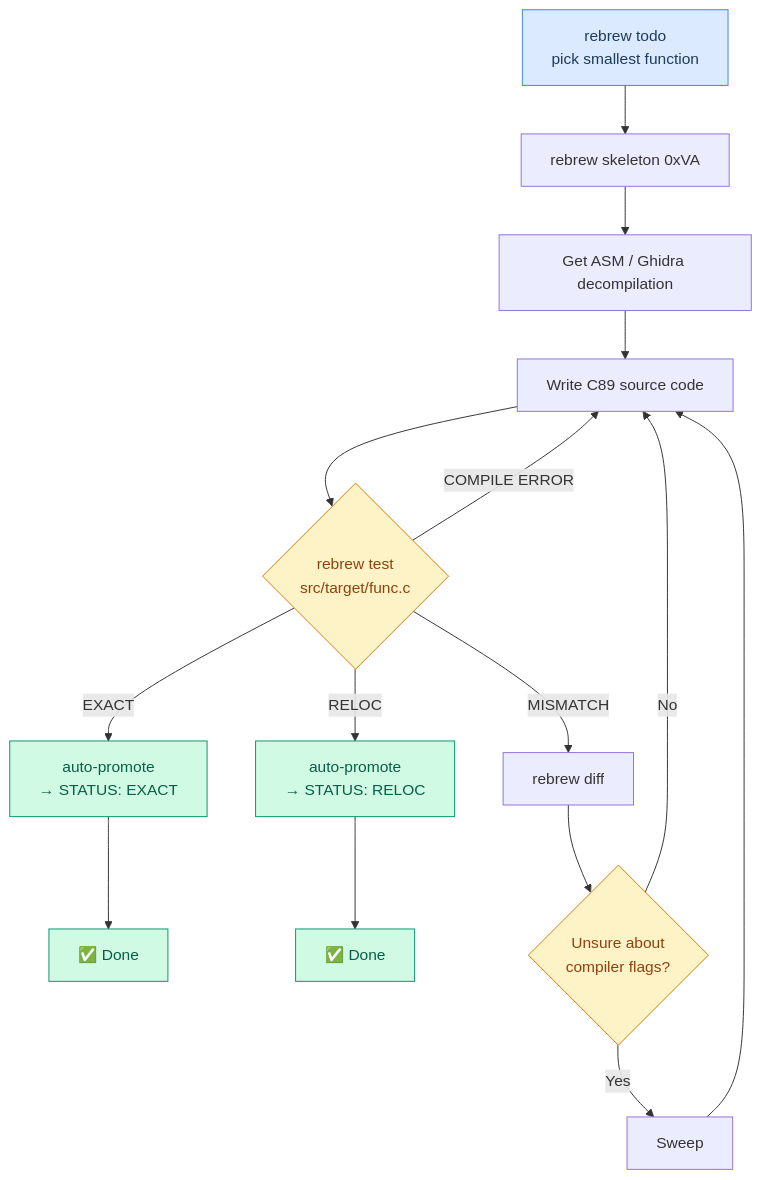
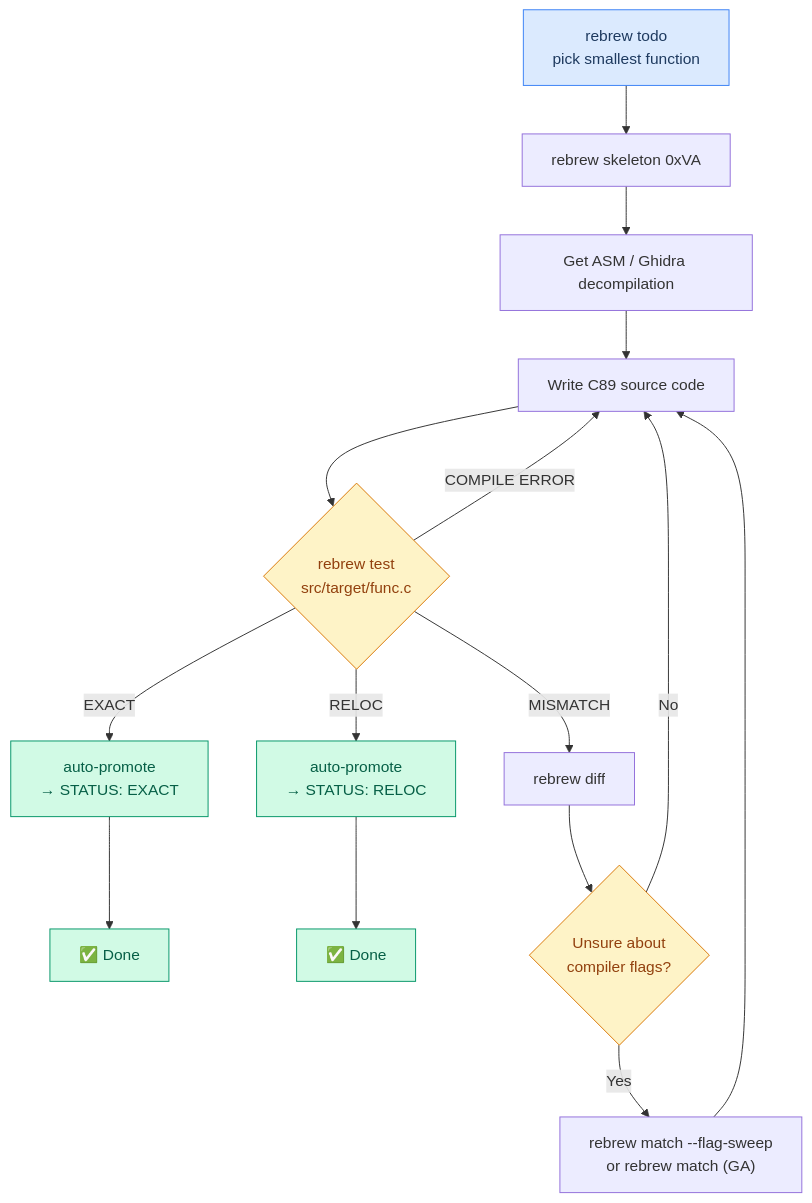
The fourth of 16 diagrams in docs/USER_STORIES.md (maci0/rebrew), drawn with Mermaid before and after one commit. The commit also changed other lines of this file and 11 other files, not shown here.

First line of the commit message:
docs, skills, flowcharts synced to the CLI; globals.status persisted

````diff
--- a/docs/USER_STORIES.md
+++ b/docs/USER_STORIES.md
@@ -115,25 +115,26 @@
 ```mermaid
 graph TD
     Pick["rebrew todo<br/>pick smallest function"] --> Skel["rebrew skeleton 0xVA"]
     Skel --> Decompile["Get ASM / Ghidra decompilation"]
     Decompile --> Write["Write C89 source code"]
     Write --> Test{"rebrew test<br/>src/target/func.c"}
+    Sweep["rebrew match --flag-sweep<br/>or rebrew match (GA)"]
     Test -->|EXACT| Promote["auto-promote<br/>→ STATUS: EXACT"]
     Promote --> Done["✅ Done"]
     Test -->|RELOC| PromoteR["auto-promote<br/>→ STATUS: RELOC"]
     PromoteR --> DoneR["✅ Done"]
     Test -->|MISMATCH| Diff["rebrew diff"]
     Test -->|COMPILE ERROR| Write
     Diff --> Flags{"Unsure about<br/>compiler flags?"}
     Sweep --> Write
     Flags -->|Yes| Sweep
     Flags -->|No| Write
 
     style Pick fill:#dbeafe,stroke:#3b82f6,color:#1e3a5f
     style Promote fill:#d1fae5,stroke:#059669,color:#065f46
     style PromoteR fill:#d1fae5,stroke:#059669,color:#065f46
     style Done fill:#d1fae5,stroke:#059669,color:#065f46
     style DoneR fill:#d1fae5,stroke:#059669,color:#065f46
     style Test fill:#fef3c7,stroke:#d97706,color:#92400e
     style Flags fill:#fef3c7,stroke:#d97706,color:#92400e
 ```
````
